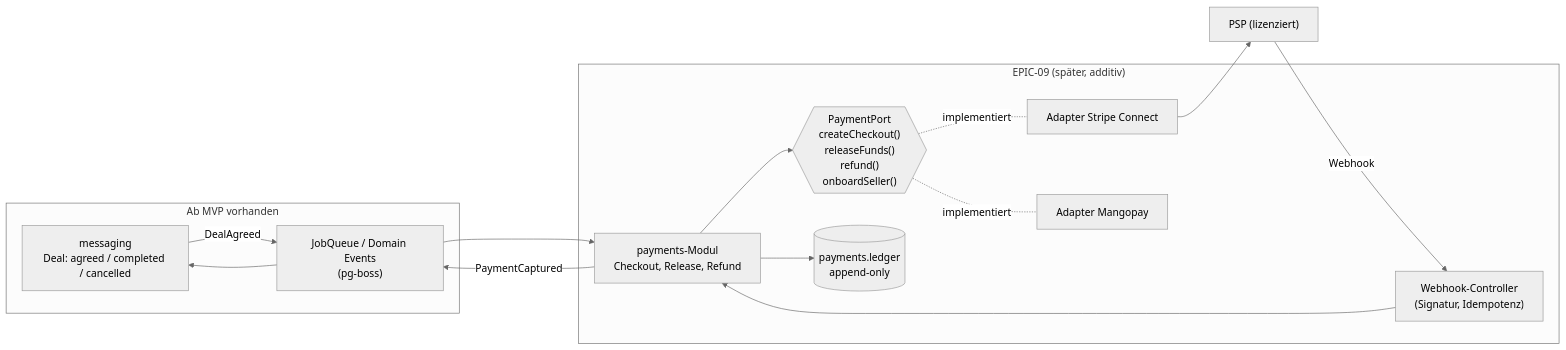
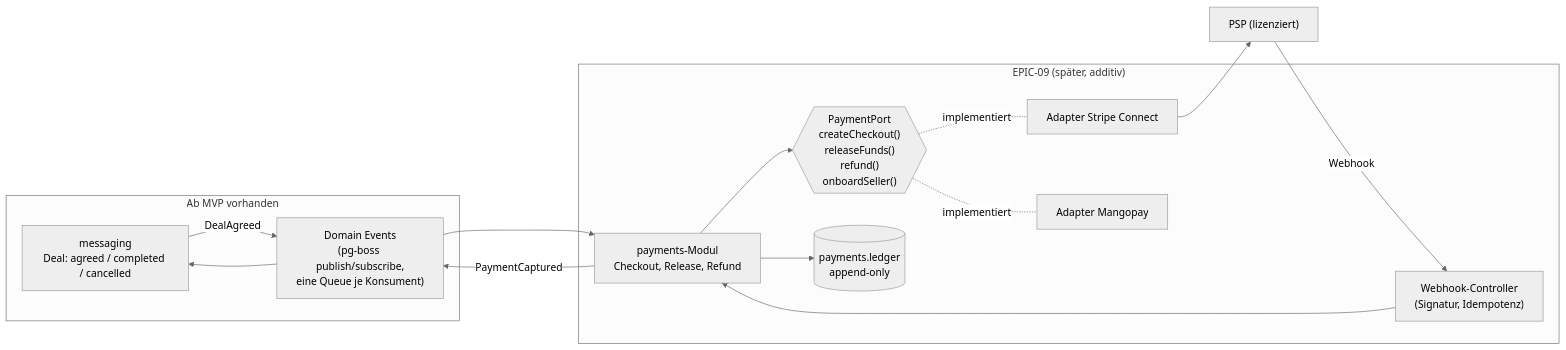
One commit to CaRo10Robert/SWeng_projekt2026 changed diagram 13 of 13 in docs/03-architektur/architektur.md. Above: the diagram before and after it, drawn with Mermaid (neutral theme). The commit also changed other lines of this file and 20 other files, not shown here.

````diff
--- a/docs/03-architektur/architektur.md
+++ b/docs/03-architektur/architektur.md
@@ -604,25 +767,25 @@
 ```mermaid
 flowchart LR
     subgraph MVP ["Ab MVP vorhanden"]
         MSG["messaging<br/>Deal: agreed / completed / cancelled"]
-        Q["JobQueue / Domain Events<br/>(pg-boss)"]
+        Q["Domain Events<br/>(pg-boss publish/subscribe,<br/>eine Queue je Konsument)"]
     end
     subgraph LATER ["EPIC-09 (später, additiv)"]
         HOOK["Webhook-Controller<br/>(Signatur, Idempotenz)"]
         PAYM["payments-Modul<br/>Checkout, Release, Refund"]
         PORT{{"PaymentPort<br/>createCheckout()<br/>releaseFunds()<br/>refund()<br/>onboardSeller()"}}
         STR["Adapter Stripe Connect"]
         MAN["Adapter Mangopay"]
         LED[("payments.ledger<br/>append-only")]
     end
     PSP["PSP (lizenziert)"]
 
     MSG -- "DealAgreed" --> Q --> PAYM
     PAYM --> PORT
     PORT -. implementiert .- STR
     PORT -. implementiert .- MAN
     STR --> PSP
     PSP -- "Webhook" --> HOOK --> PAYM
     PAYM --> LED
     PAYM -- "PaymentCaptured" --> Q --> MSG
 ```
````
